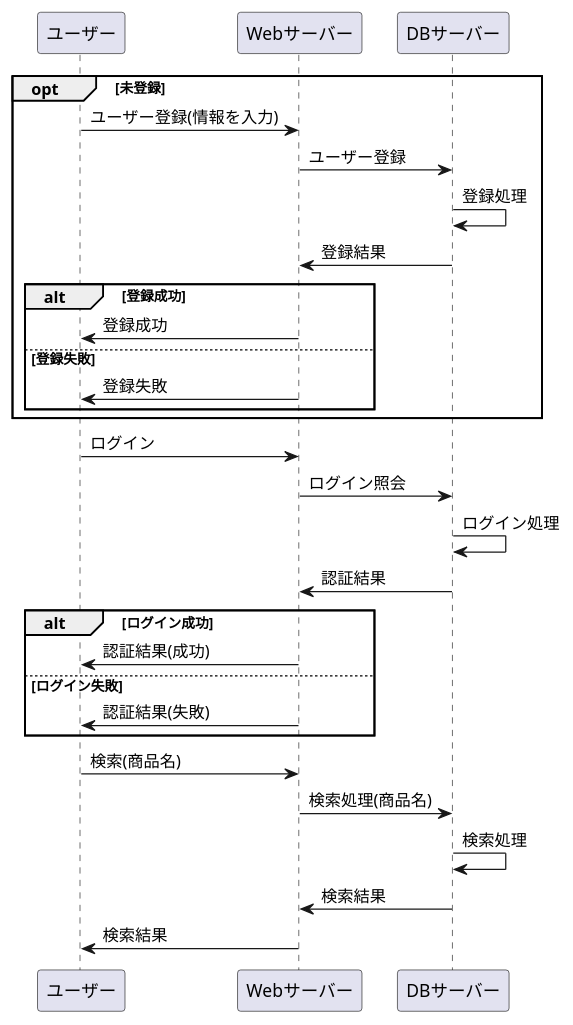
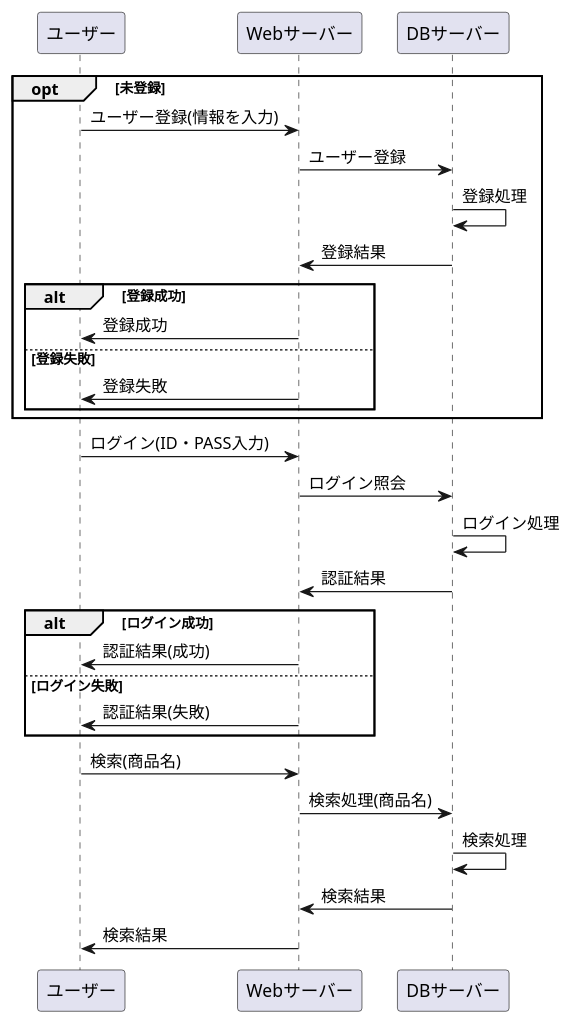
The diagram in sample.md (Aso2001154/2021sys-design), drawn with PlantUML before and after one commit.

````diff
--- a/sample.md
+++ b/sample.md
@@ -1,33 +1,33 @@
 ```uml
 @startuml
 opt 未登録
 ユーザー -> Webサーバー : ユーザー登録(情報を入力)
 Webサーバー -> DBサーバー : ユーザー登録
 DBサーバー -> DBサーバー : 登録処理
 DBサーバー -> Webサーバー : 登録結果
 
 alt 登録成功
 Webサーバー -> ユーザー : 登録成功
 else 登録失敗
 Webサーバー -> ユーザー : 登録失敗
 end
 end
 
-ユーザー -> Webサーバー : ログイン
+ユーザー -> Webサーバー : ログイン(ID・PASS入力)
 Webサーバー -> DBサーバー : ログイン照会
 DBサーバー -> DBサーバー : ログイン処理
 DBサーバー -> Webサーバー : 認証結果
 
 alt ログイン成功
 Webサーバー -> ユーザー : 認証結果(成功)
 else ログイン失敗
 Webサーバー -> ユーザー : 認証結果(失敗)
 end
 
 ユーザー -> Webサーバー : 検索(商品名)
 Webサーバー -> DBサーバー : 検索処理(商品名)
 DBサーバー -> DBサーバー : 検索処理
 DBサーバー -> Webサーバー : 検索結果
 Webサーバー -> ユーザー : 検索結果
 @enduml
 ```
````
